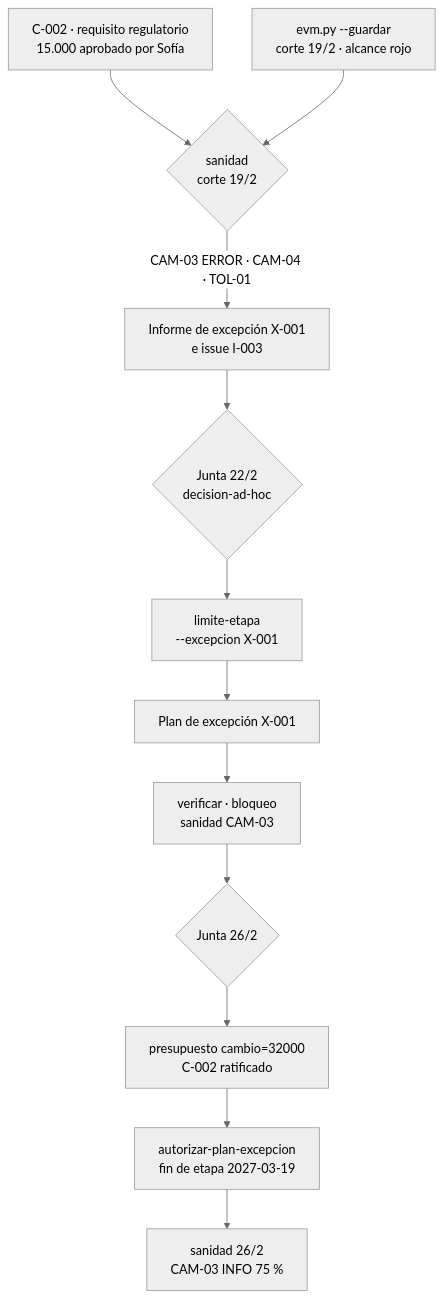
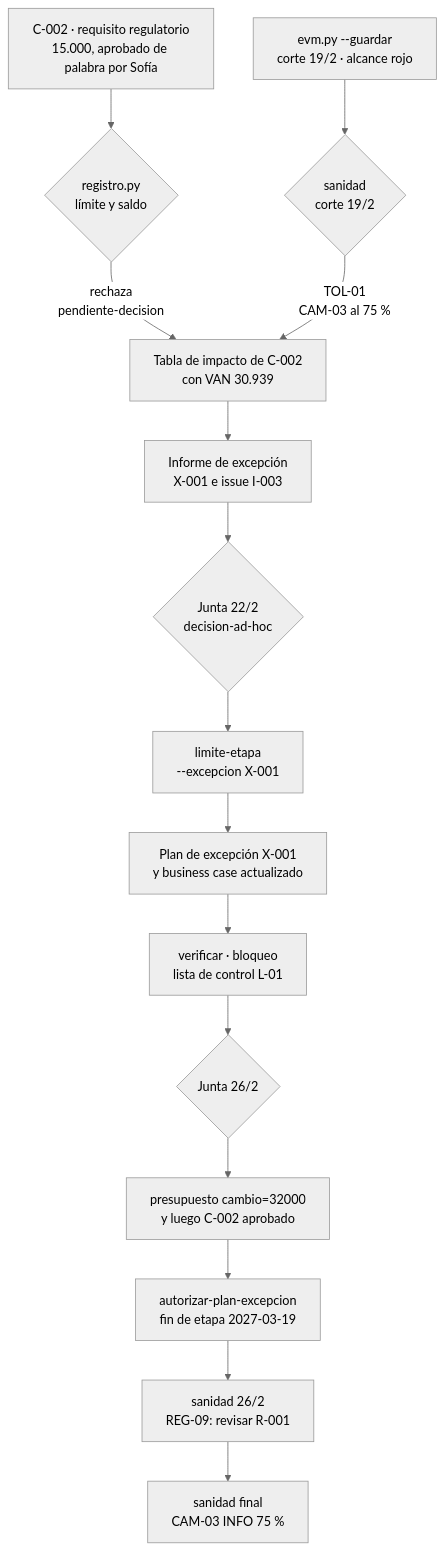
One commit to Arturo-Penas-Rial/pm-method changed the sixth of 6 diagrams in docs/guias/E2E-2-alcance-roadmap.md. Above: the diagram before and after it, drawn with Mermaid (neutral theme). The commit also changed other lines of this file and 274 other files, not shown here.

````diff
--- a/docs/guias/E2E-2-alcance-roadmap.md
+++ b/docs/guias/E2E-2-alcance-roadmap.md
@@ -529,14 +764,17 @@
 ```mermaid
 flowchart TB
-    c2["C-002 · requisito regulatorio<br/>15.000 aprobado por Sofía"] --> s1{"sanidad<br/>corte 19/2"}
-    ev["evm.py --guardar<br/>corte 19/2 · alcance rojo"] --> s1
-    s1 -->|"CAM-03 ERROR · CAM-04 · TOL-01"| x["Informe de excepción X-001<br/>e issue I-003"]
+    c2["C-002 · requisito regulatorio<br/>15.000, aprobado de palabra por Sofía"] --> rg{"registro.py<br/>límite y saldo"}
+    rg -->|"rechaza<br/>pendiente-decision"| ti["Tabla de impacto de C-002<br/>con VAN 30.939"]
+    ev["evm.py --guardar<br/>corte 19/2 · alcance rojo"] --> s1{"sanidad<br/>corte 19/2"}
+    s1 -->|"TOL-01<br/>CAM-03 al 75 %"| ti
+    ti --> x["Informe de excepción<br/>X-001 e issue I-003"]
     x --> j1{"Junta 22/2<br/>decision-ad-hoc"}
     j1 --> le["limite-etapa<br/>--excepcion X-001"]
-    le --> pe["Plan de excepción X-001"]
-    pe --> v1["verificar · bloqueo<br/>sanidad CAM-03"]
+    le --> pe["Plan de excepción X-001<br/>y business case actualizado"]
+    pe --> v1["verificar · bloqueo<br/>lista de control L-01"]
     v1 --> j2{"Junta 26/2"}
-    j2 --> pr["presupuesto cambio=32000<br/>C-002 ratificado"]
+    j2 --> pr["presupuesto cambio=32000<br/>y luego C-002 aprobado"]
     pr --> ap["autorizar-plan-excepcion<br/>fin de etapa 2027-03-19"]
-    ap --> s2["sanidad 26/2<br/>CAM-03 INFO 75 %"]
+    ap --> s2["sanidad 26/2<br/>REG-09: revisar R-001"]
+    s2 --> s3["sanidad final<br/>CAM-03 INFO 75 %"]
 ```
````
